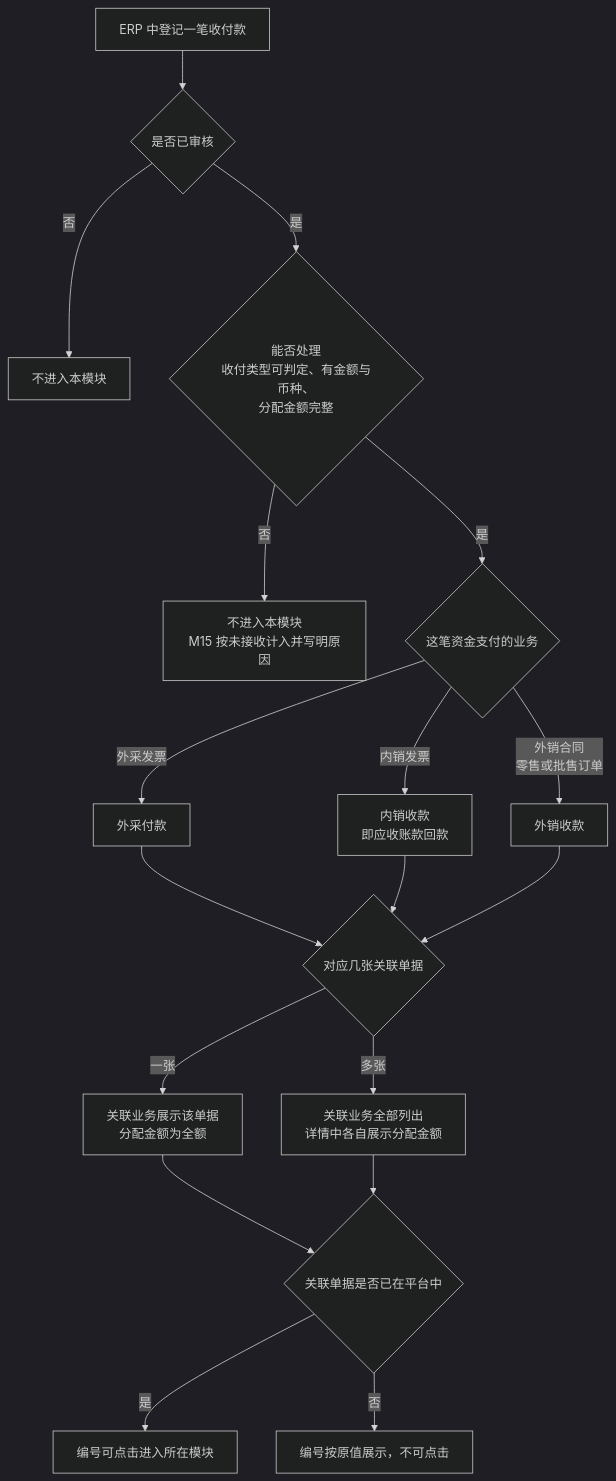
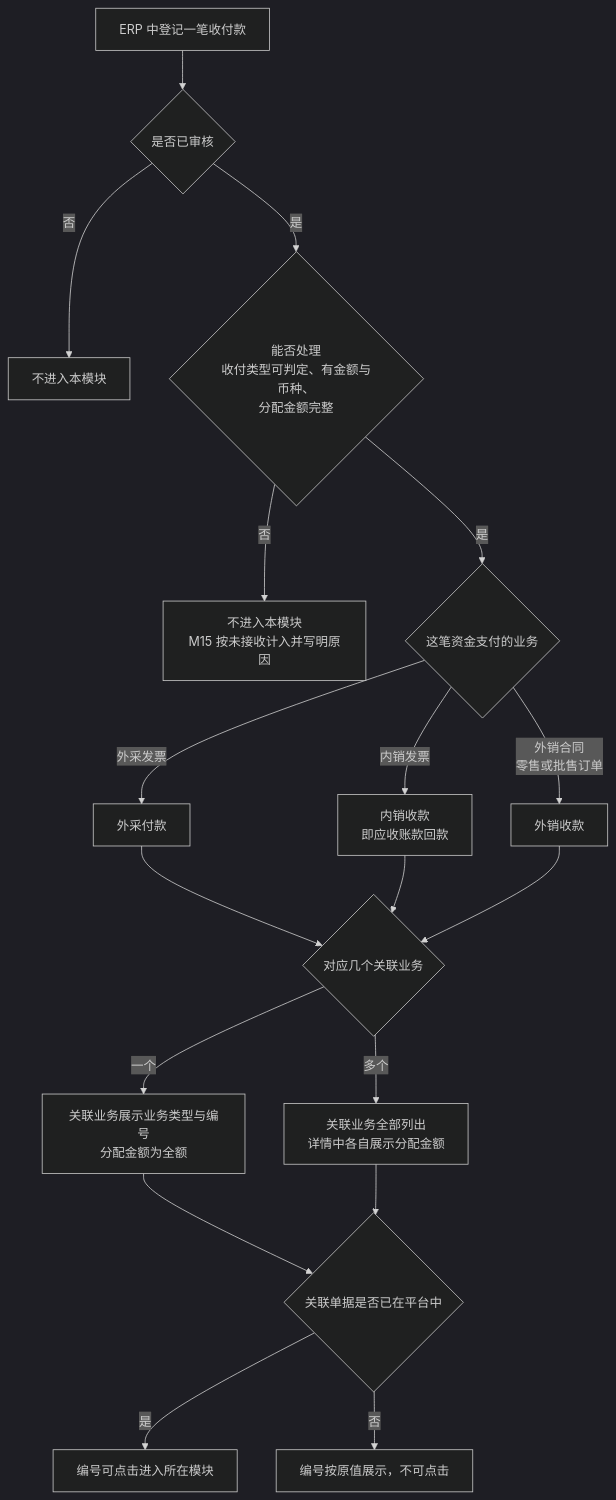
The first of 4 diagrams in asset-trust-platform/PRD/运营端/M14-资金收付/02-资金收付-流程图与状态机.md (wxblockchain/Chain-Financing), drawn with Mermaid (dark theme) before and after one commit. The commit also changed other lines of this file and 3 other files, not shown here.

````diff
--- a/asset-trust-platform/PRD/运营端/M14-资金收付/02-资金收付-流程图与状态机.md
+++ b/asset-trust-platform/PRD/运营端/M14-资金收付/02-资金收付-流程图与状态机.md
@@ -16,20 +17,20 @@
 ```mermaid
 flowchart TD
     A[ERP 中登记一笔收付款] --> B{是否已审核}
     B -->|否| C[不进入本模块]
     B -->|是| P{能否处理<br/>收付类型可判定、有金额与币种、<br/>分配金额完整}
     P -->|否| Q[不进入本模块<br/>M15 按未接收计入并写明原因]
     P -->|是| D{这笔资金支付的业务}
     D -->|外采发票| F[外采付款]
     D -->|内销发票| G[内销收款<br/>即应收账款回款]
     D -->|外销合同<br/>零售或批售订单| H[外销收款]
-    F --> J{对应几张关联单据}
+    F --> J{对应几个关联业务}
     G --> J
     H --> J
-    J -->|一张| K[关联业务展示该单据<br/>分配金额为全额]
-    J -->|多张| L[关联业务全部列出<br/>详情中各自展示分配金额]
+    J -->|一个| K[关联业务展示业务类型与编号<br/>分配金额为全额]
+    J -->|多个| L[关联业务全部列出<br/>详情中各自展示分配金额]
     K --> M{关联单据是否已在平台中}
     L --> M
     M -->|是| N[编号可点击进入所在模块]
     M -->|否| O[编号按原值展示，不可点击]
 ```
````
